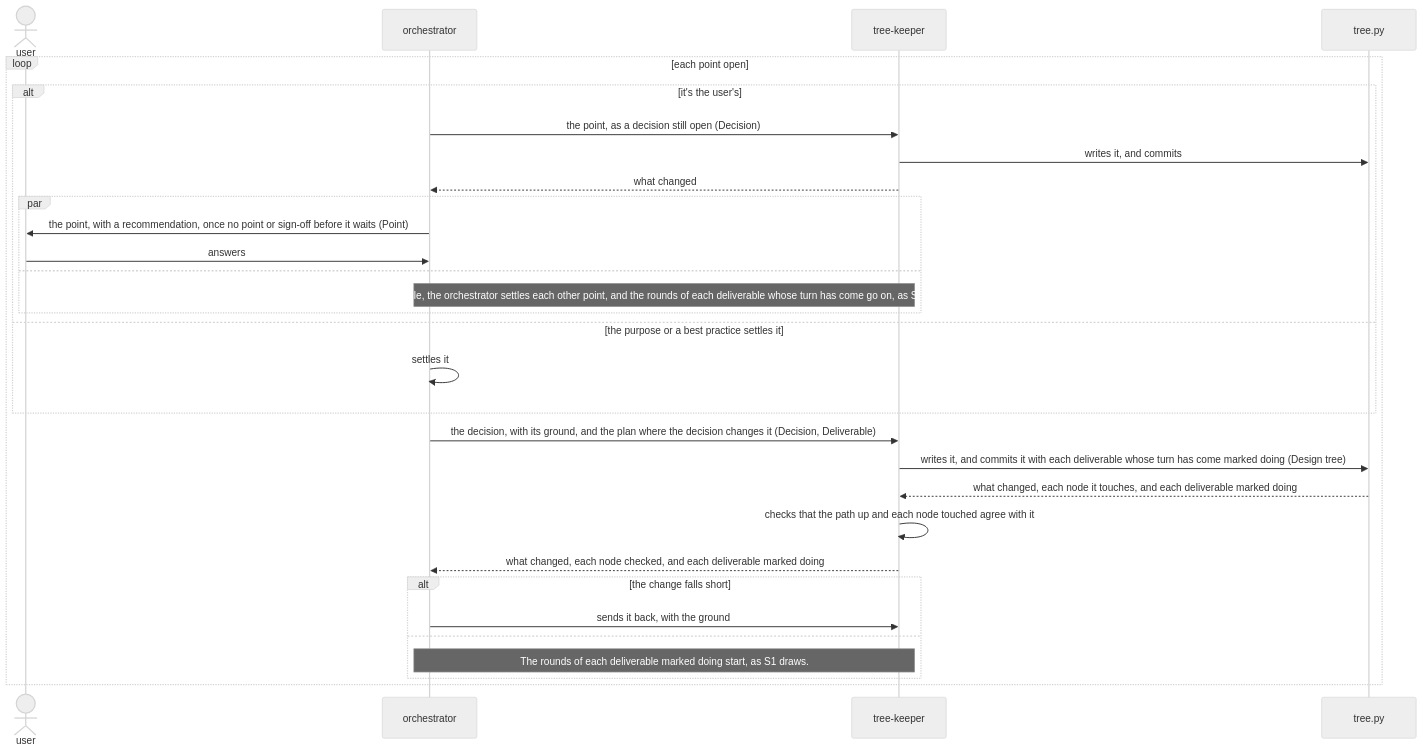
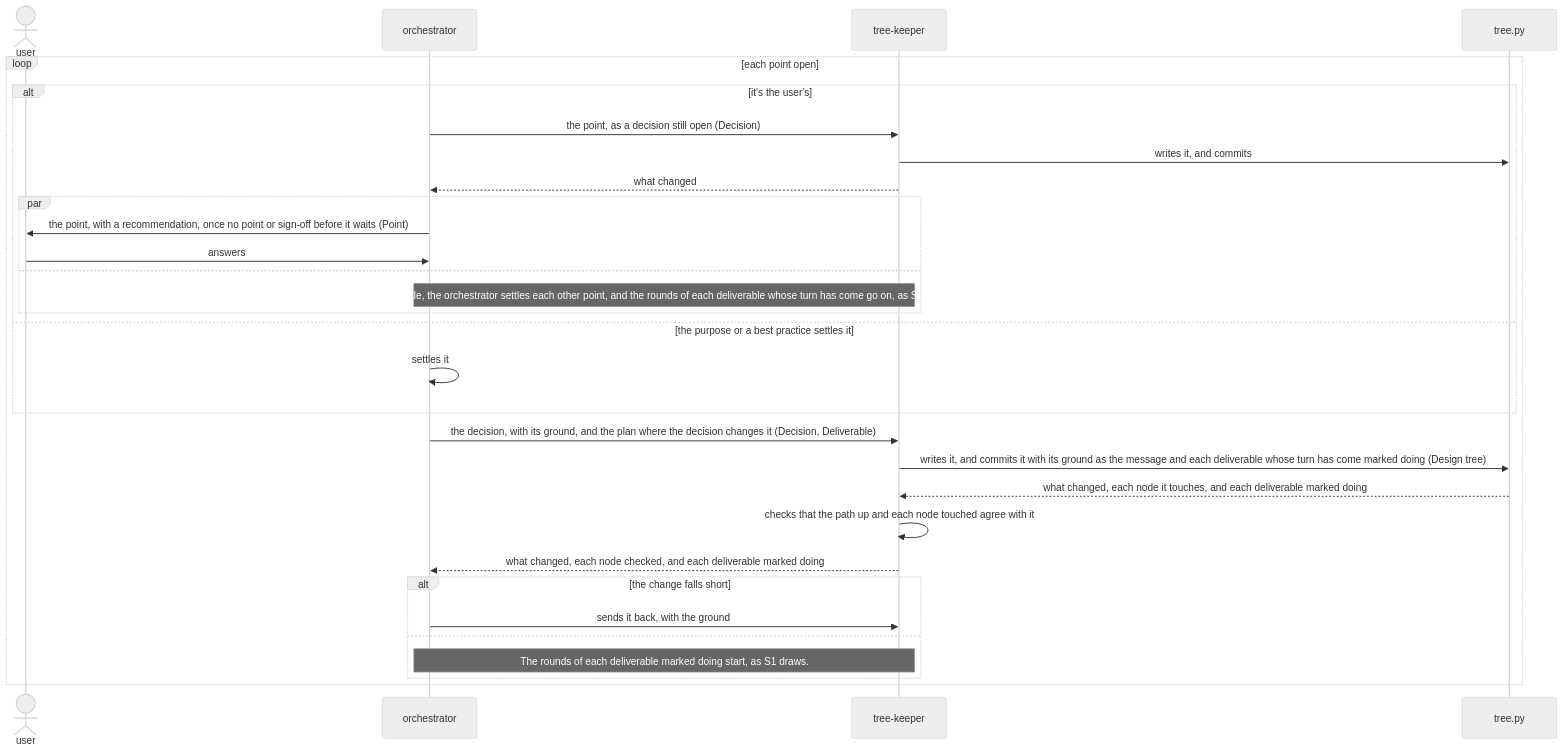
The second of 6 diagrams in dev/rn/architecture.md (lovaizu/ccpm), drawn with Mermaid (neutral theme) before and after one commit. The commit also changed other lines of this file, not shown here.

````diff
--- a/dev/rn/architecture.md
+++ b/dev/rn/architecture.md
@@ -280,32 +280,32 @@
 ```mermaid
 sequenceDiagram
   actor U as user
   participant O as orchestrator
   participant K as tree-keeper
   participant T as tree.py
   loop each point open
     alt it's the user's
       O->>K: the point, as a decision still open (Decision)
       K->>T: writes it, and commits
       K-->>O: what changed
       par
         O->>U: the point, with a recommendation, once no point or sign-off before it waits (Point)
         U->>O: answers
       and
         Note over O,K: Meanwhile, the orchestrator settles each other point, and the rounds of each deliverable whose turn has come go on, as S1 draws.
       end
     else the purpose or a best practice settles it
       O->>O: settles it
     end
     O->>K: the decision, with its ground, and the plan where the decision changes it (Decision, Deliverable)
-    K->>T: writes it, and commits it with each deliverable whose turn has come marked doing (Design tree)
+    K->>T: writes it, and commits it with its ground as the message and each deliverable whose turn has come marked doing (Design tree)
     T-->>K: what changed, each node it touches, and each deliverable marked doing
     K->>K: checks that the path up and each node touched agree with it
     K-->>O: what changed, each node checked, and each deliverable marked doing
     alt the change falls short
       O->>K: sends it back, with the ground
     else
       Note over O,K: The rounds of each deliverable marked doing start, as S1 draws.
     end
   end
 ```
````
